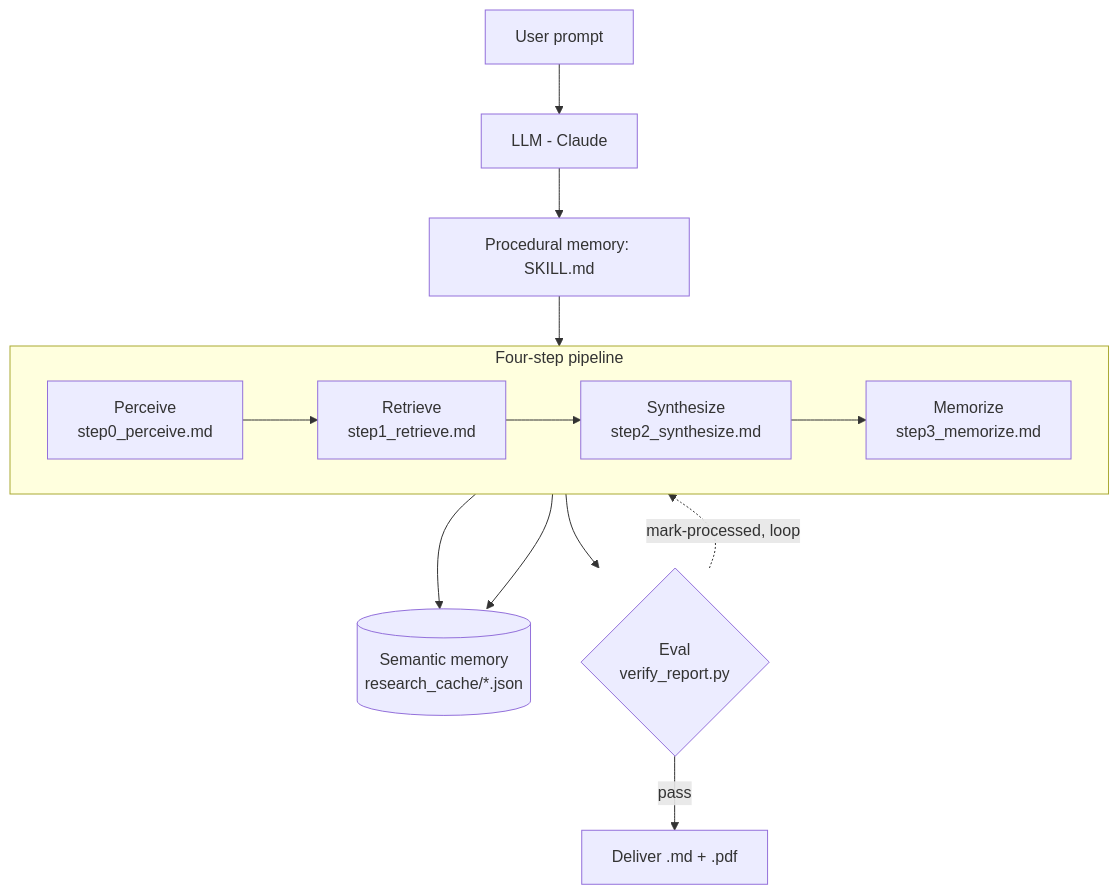
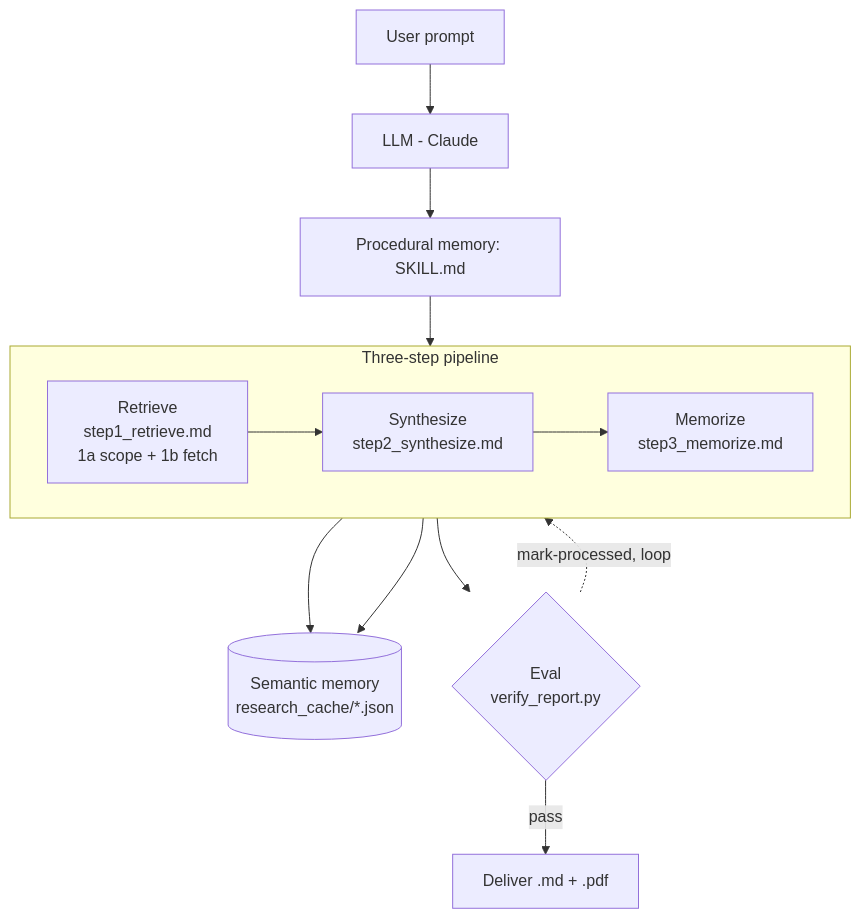
One commit to ajay1297/Research-Advisory changed the diagram in README.md. Above: the diagram before and after it, drawn with Mermaid. The commit also changed other lines of this file and 33 other files, not shown here.

````diff
--- a/README.md
+++ b/README.md
@@ -243,17 +246,16 @@
 ```mermaid
 flowchart TD
     A[User prompt] --> B[LLM - Claude]
     B --> C["Procedural memory: SKILL.md"]
-    subgraph PIPE["Four-step pipeline"]
+    subgraph PIPE["Three-step pipeline"]
         direction LR
-        P0["Perceive<br/>step0_perceive.md"] --> P1["Retrieve<br/>step1_retrieve.md"]
-        P1 --> P2["Synthesize<br/>step2_synthesize.md"]
+        P1["Retrieve<br/>step1_retrieve.md<br/>1a scope + 1b fetch"] --> P2["Synthesize<br/>step2_synthesize.md"]
         P2 --> P3["Memorize<br/>step3_memorize.md"]
     end
-    C --> P0
+    C --> P1
     P2 --> SM[("Semantic memory<br/>research_cache/*.json")]
     P3 --> SM
     P3 --> EV{"Eval<br/>verify_report.py"}
     EV -->|pass| OUT["Deliver .md + .pdf"]
-    EV -.->|mark-processed, loop| P0
+    EV -.->|mark-processed, loop| P1
 ```
````
